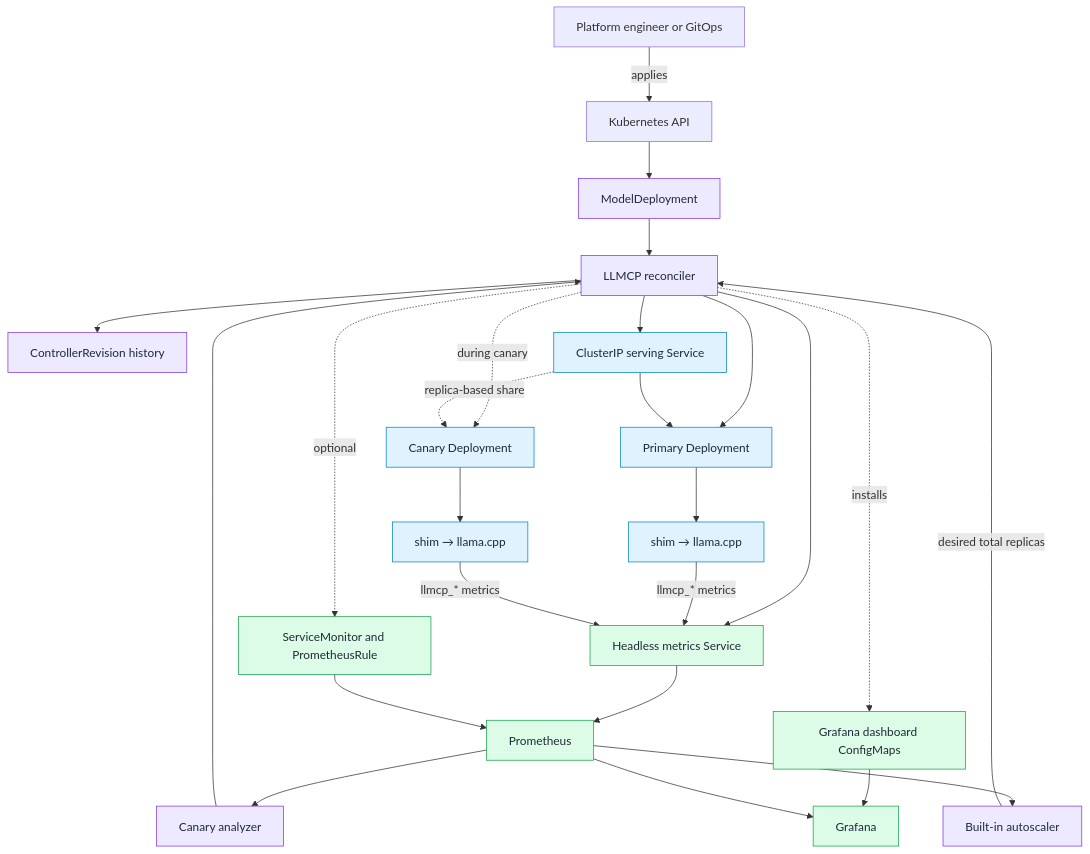
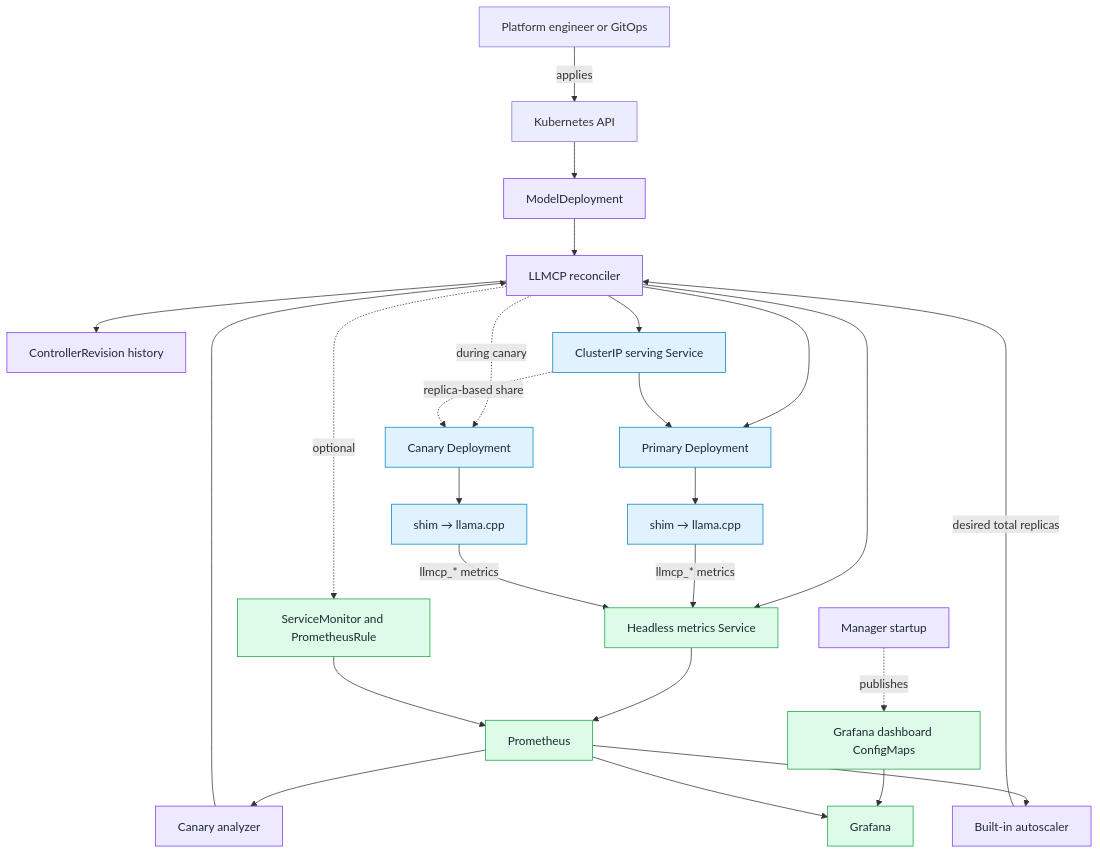
The first of 8 diagrams in README.md (surajm20061998/LLM_Inference_Control_Plane), drawn with Mermaid before and after one commit. The commit also changed other lines of this file and 94 other files, not shown here.

````diff
--- a/README.md
+++ b/README.md
@@ -56,36 +56,36 @@
 ```mermaid
 flowchart TB
     author[Platform engineer or GitOps] -->|applies| api[Kubernetes API]
     api --> md[ModelDeployment]
     md --> reconciler[LLMCP reconciler]
 
     reconciler --> revision[ControllerRevision history]
     reconciler --> primary[Primary Deployment]
     reconciler -. during canary .-> canary[Canary Deployment]
     reconciler --> serving[ClusterIP serving Service]
     reconciler --> metrics[Headless metrics Service]
     reconciler -. optional .-> monitor[ServiceMonitor and PrometheusRule]
-    reconciler -. installs .-> dashboards[Grafana dashboard ConfigMaps]
+    manager[Manager startup] -. publishes .-> dashboards[Grafana dashboard ConfigMaps]
 
     serving --> primary
     serving -. replica-based share .-> canary
     primary --> pod1[shim → llama.cpp]
     canary --> pod2[shim → llama.cpp]
     pod1 -->|llmcp_* metrics| metrics
     pod2 -->|llmcp_* metrics| metrics
     metrics --> prometheus[Prometheus]
     monitor --> prometheus
     prometheus --> analysis[Canary analyzer]
     prometheus --> autoscaler[Built-in autoscaler]
     analysis --> reconciler
     autoscaler -->|desired total replicas| reconciler
     dashboards --> grafana[Grafana]
     prometheus --> grafana
 
     classDef control fill:#ede9fe,stroke:#7c3aed,color:#1f2937
     classDef workload fill:#e0f2fe,stroke:#0284c7,color:#1f2937
     classDef observe fill:#dcfce7,stroke:#16a34a,color:#1f2937
-    class md,reconciler,revision,analysis,autoscaler control
+    class md,reconciler,revision,analysis,autoscaler,manager control
     class primary,canary,pod1,pod2,serving workload
     class metrics,monitor,prometheus,dashboards,grafana observe
 ```
````
